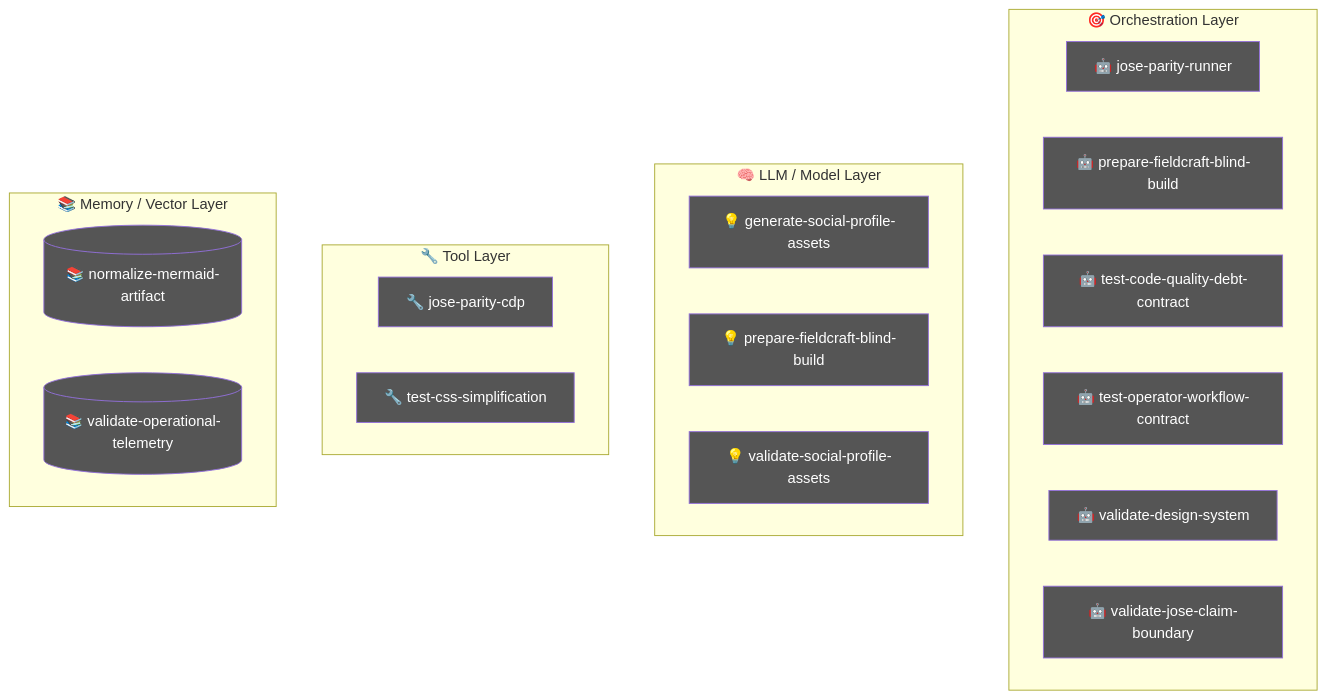
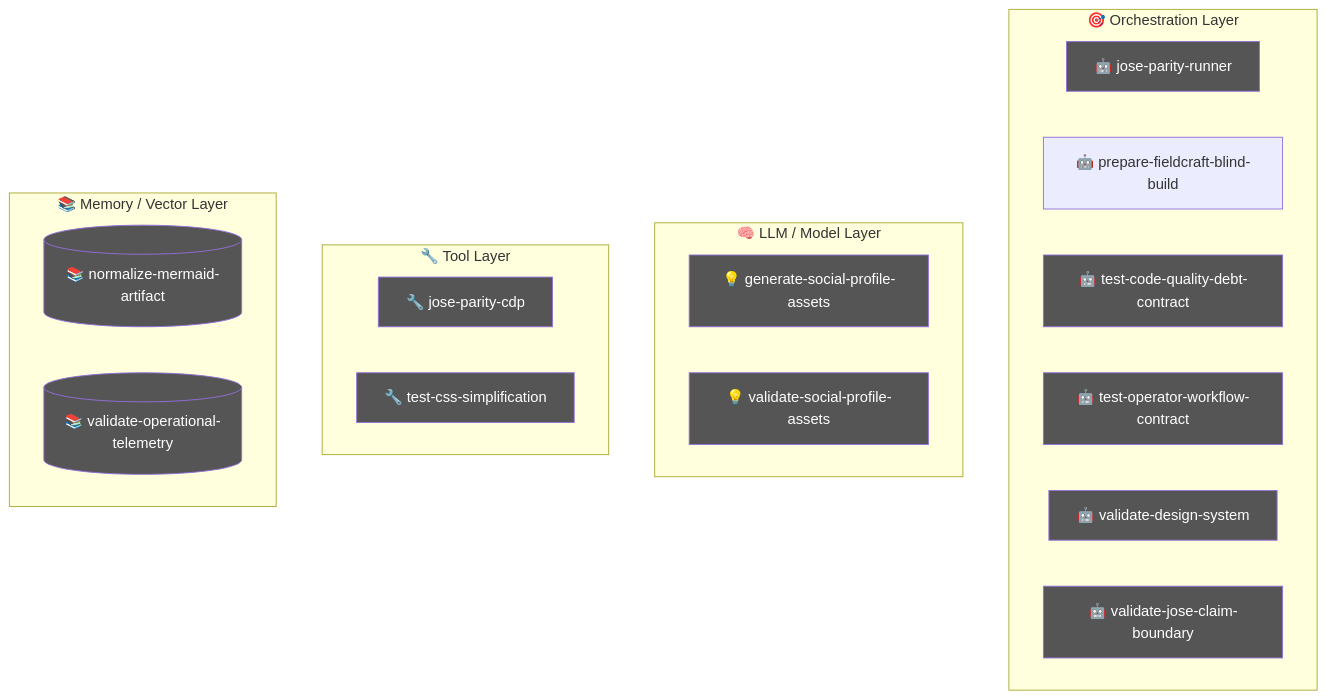
Before and after one commit to jscraik/websites: the diagram in .diagram/agent.mmd, drawn with Mermaid. The commit also changed 13 other files, not shown here.

```diff
--- a/.diagram/agent.mmd
+++ b/.diagram/agent.mmd
@@ -1,30 +1,29 @@
 flowchart TD
   subgraph Orchestration["🎯 Orchestration Layer"]
     jose_parity_runner_50cc4344["🤖 jose-parity-runner"]
-    node_agent_mmd_orchestration_layer_orchestration_prep_a847af26["🤖 prepare-fieldcraft-blind-build"]
+    prepare_fieldcraft_blind_build_8ab85212["🤖 prepare-fieldcraft-blind-build"]
     test_code_quality_debt_contract_569cff13["🤖 test-code-quality-debt-contract"]
     test_operator_workflow_contract_b4a152d7["🤖 test-operator-workflow-contract"]
     validate_design_system_b8a5f37c["🤖 validate-design-system"]
     validate_jose_claim_boundary_01082824["🤖 validate-jose-claim-boundary"]
   end
   subgraph LLMLayer["🧠 LLM / Model Layer"]
     generate_social_profile_assets_f4f94011["💡 generate-social-profile-assets"]
-    node_agent_mmd_llm_model_layer_llmlayer_prepare_field_7524fdcf["💡 prepare-fieldcraft-blind-build"]
     validate_social_profile_assets_a023937b["💡 validate-social-profile-assets"]
   end
   subgraph ToolLayer["🔧 Tool Layer"]
     jose_parity_cdp_bdcde21d["🔧 jose-parity-cdp"]
     test_css_simplification_05516724["🔧 test-css-simplification"]
   end
   subgraph MemoryLayer["📚 Memory / Vector Layer"]
     normalize_mermaid_artifact_9dba7231[("📚 normalize-mermaid-artifact")]
     validate_operational_telemetry_cb447bde[("📚 validate-operational-telemetry")]
   end
   classDef agentNode fill:#555,color:#fff
-  class jose_parity_runner_50cc4344,node_agent_mmd_orchestration_layer_orchestration_prep_a847af26,node_agent_mmd_llm_model_layer_llmlayer_prepare_field_7524fdcf,test_code_quality_debt_contract_569cff13,test_operator_workflow_contract_b4a152d7,validate_design_system_b8a5f37c,validate_jose_claim_boundary_01082824 agentNode
+  class jose_parity_runner_50cc4344,test_code_quality_debt_contract_569cff13,test_operator_workflow_contract_b4a152d7,validate_design_system_b8a5f37c,validate_jose_claim_boundary_01082824 agentNode
   classDef llmNode fill:#555,color:#fff
-  class generate_social_profile_assets_f4f94011,node_agent_mmd_orchestration_layer_orchestration_prep_a847af26,node_agent_mmd_llm_model_layer_llmlayer_prepare_field_7524fdcf,validate_social_profile_assets_a023937b llmNode
+  class generate_social_profile_assets_f4f94011,validate_social_profile_assets_a023937b llmNode
   classDef toolNode fill:#555,color:#fff
   class jose_parity_cdp_bdcde21d,test_css_simplification_05516724 toolNode
   classDef memNode fill:#555,color:#fff
   class normalize_mermaid_artifact_9dba7231,validate_operational_telemetry_cb447bde memNode
```
